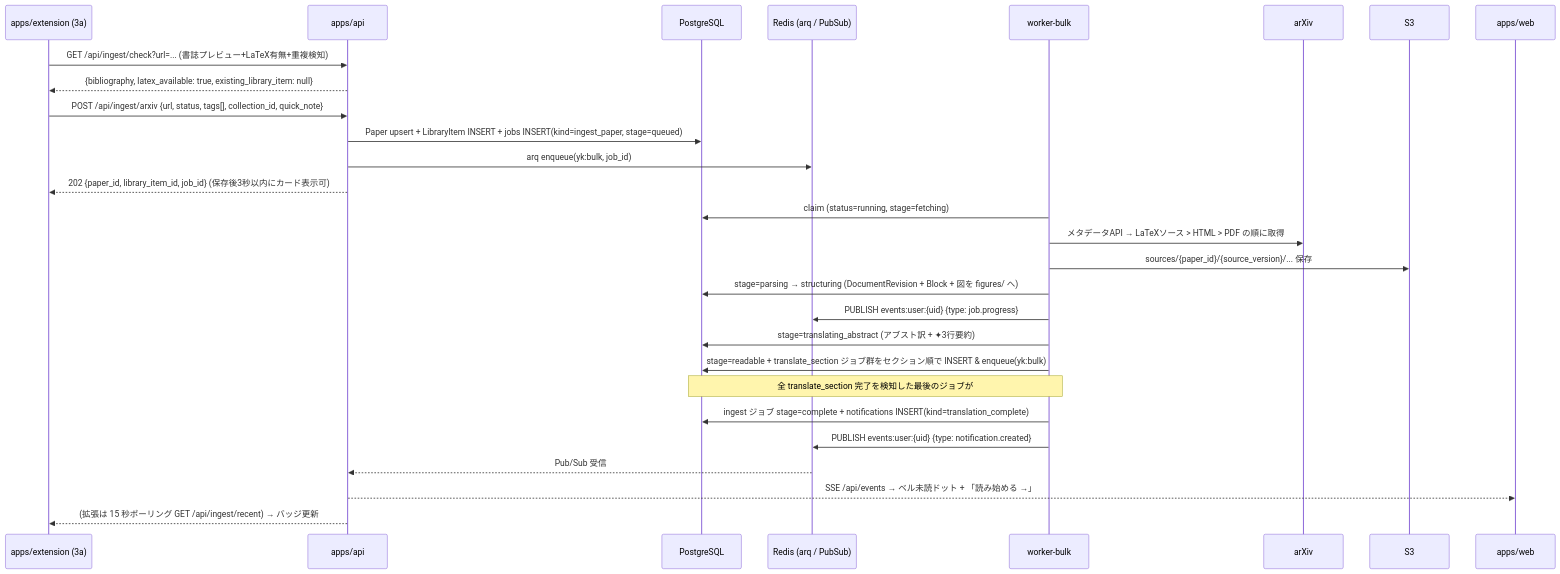
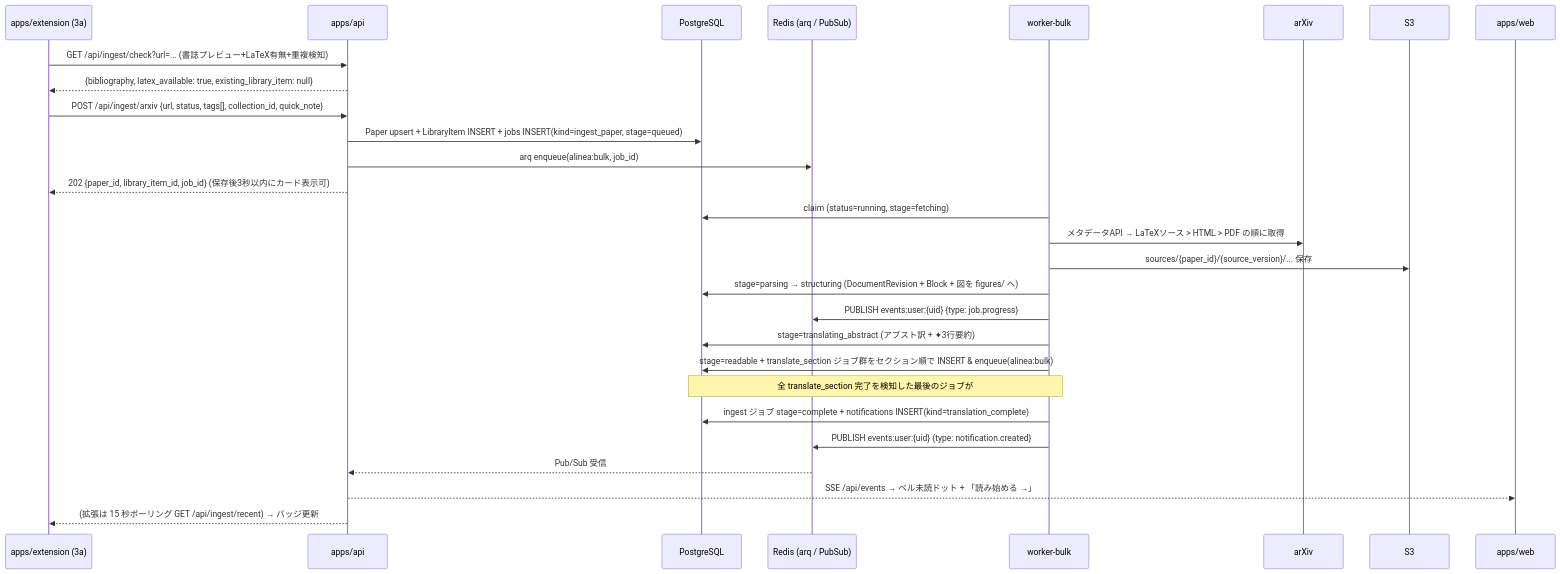
The second of 6 diagrams in plans/01-architecture.md (frkake/alinea), drawn with Mermaid before and after one commit. The commit also changed other lines of this file and 750 other files, not shown here.

````diff
--- a/plans/01-architecture.md
+++ b/plans/01-architecture.md
@@ -106,31 +106,31 @@
 ```mermaid
 sequenceDiagram
     participant EXT as apps/extension (3a)
     participant API as apps/api
     participant PG as PostgreSQL
     participant RD as Redis (arq / PubSub)
     participant W as worker-bulk
     participant AX as arXiv
     participant S3 as S3
     participant WEB as apps/web
 
     EXT->>API: GET /api/ingest/check?url=... (書誌プレビュー+LaTeX有無+重複検知)
     API-->>EXT: {bibliography, latex_available: true, existing_library_item: null}
     EXT->>API: POST /api/ingest/arxiv {url, status, tags[], collection_id, quick_note}
     API->>PG: Paper upsert + LibraryItem INSERT + jobs INSERT(kind=ingest_paper, stage=queued)
-    API->>RD: arq enqueue(yk:bulk, job_id)
+    API->>RD: arq enqueue(alinea:bulk, job_id)
     API-->>EXT: 202 {paper_id, library_item_id, job_id} (保存後3秒以内にカード表示可)
     W->>PG: claim (status=running, stage=fetching)
     W->>AX: メタデータAPI → LaTeXソース > HTML > PDF の順に取得
     W->>S3: sources/{paper_id}/{source_version}/... 保存
     W->>PG: stage=parsing → structuring (DocumentRevision + Block + 図を figures/ へ)
     W->>RD: PUBLISH events:user:{uid} {type: job.progress}
     W->>PG: stage=translating_abstract (アブスト訳 + ✦3行要約)
-    W->>PG: stage=readable + translate_section ジョブ群をセクション順で INSERT & enqueue(yk:bulk)
+    W->>PG: stage=readable + translate_section ジョブ群をセクション順で INSERT & enqueue(alinea:bulk)
     Note over W,PG: 全 translate_section 完了を検知した最後のジョブが
     W->>PG: ingest ジョブ stage=complete + notifications INSERT(kind=translation_complete)
     W->>RD: PUBLISH events:user:{uid} {type: notification.created}
     RD-->>API: Pub/Sub 受信
     API-->>WEB: SSE /api/events → ベル未読ドット + 「読み始める →」
     API-->>EXT: (拡張は 15 秒ポーリング GET /api/ingest/recent) → バッジ更新
 ```
````
